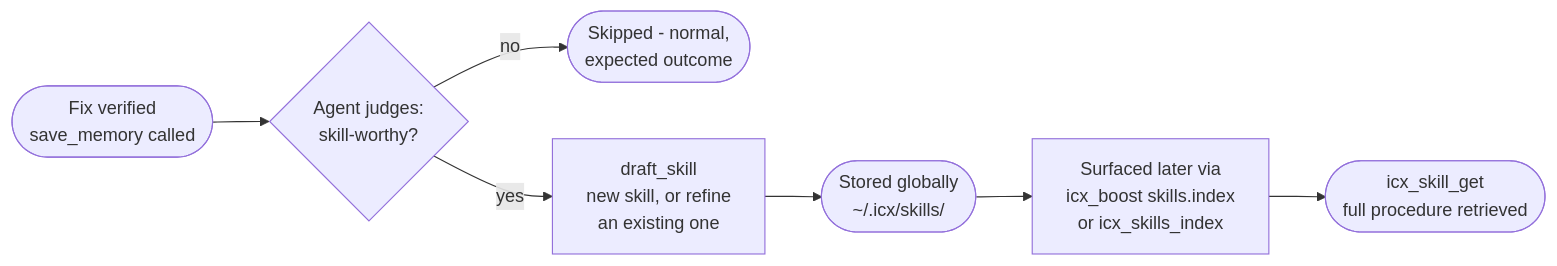
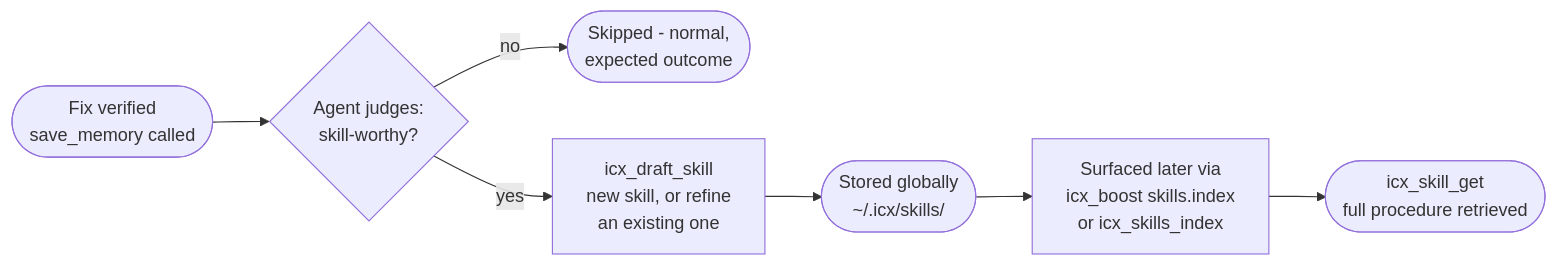
The eighth of 11 diagrams in readme.md (althaf-space/icx-engine), drawn with Mermaid before and after one commit. The commit also changed other lines of this file and 55 other files, not shown here.

````diff
--- a/readme.md
+++ b/readme.md
@@ -168,9 +168,9 @@
 ```mermaid
 flowchart LR
     A([Fix verified\nsave_memory called]) --> B{Agent judges:\nskill-worthy?}
     B -- no --> Z([Skipped - normal,\nexpected outcome])
-    B -- yes --> C[draft_skill\nnew skill, or refine\nan existing one]
+    B -- yes --> C[icx_draft_skill\nnew skill, or refine\nan existing one]
     C --> D([Stored globally\n~/.icx/skills/])
     D --> E[Surfaced later via\nicx_boost skills.index\nor icx_skills_index]
     E --> F([icx_skill_get\nfull procedure retrieved])
 ```
````
